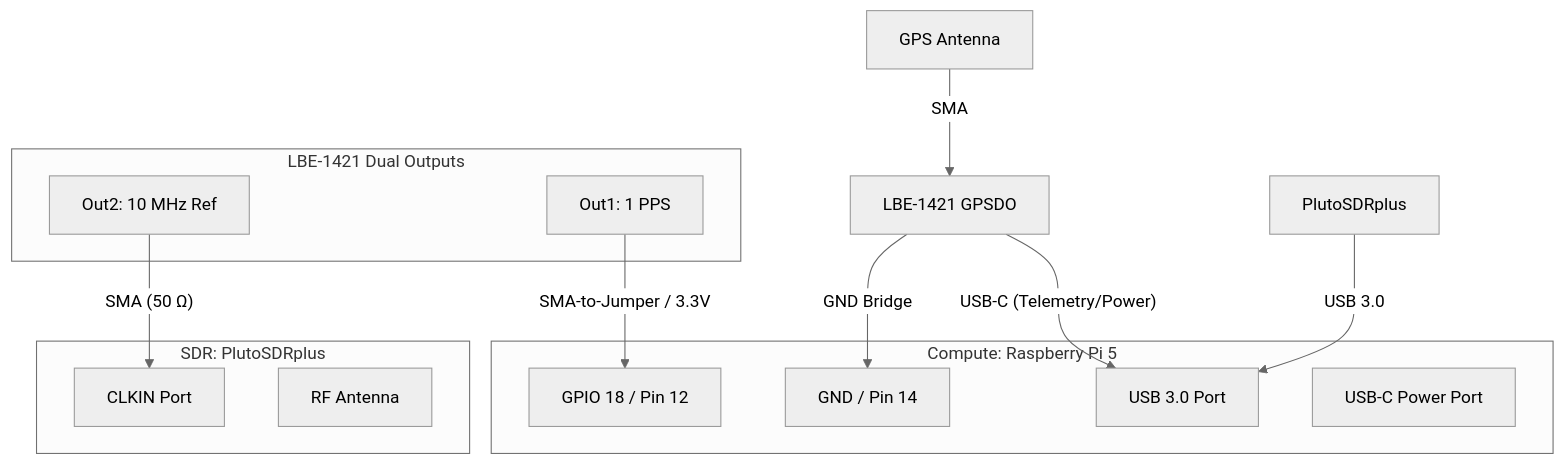
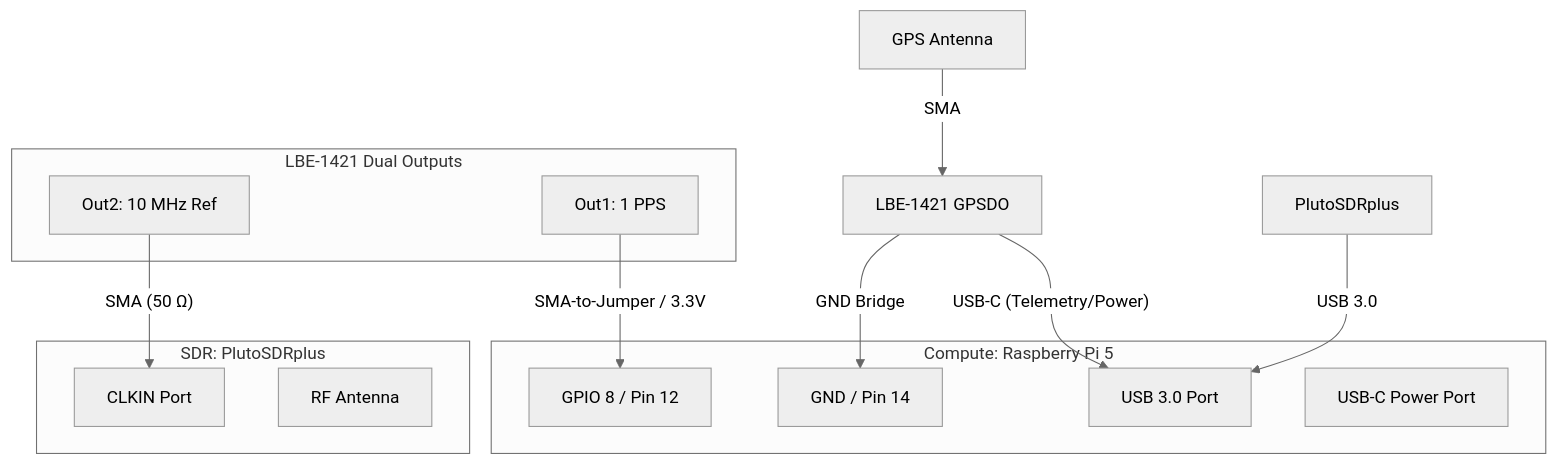
One commit to DynoGator/dslv-zpdi changed the diagram in docs/LBE-1421_WIRING.md. Above: the diagram before and after it, drawn with Mermaid (neutral theme). The commit also changed other lines of this file and 73 other files, not shown here.

````diff
--- a/docs/LBE-1421_WIRING.md
+++ b/docs/LBE-1421_WIRING.md
@@ -8,27 +8,27 @@
 ```mermaid
 graph TD
     GPS[GPS Antenna] -- SMA --> LBE[LBE-1421 GPSDO]
     
     subgraph "LBE-1421 Dual Outputs"
         Out1[Out1: 1 PPS]
         Out2[Out2: 10 MHz Ref]
     end
     
     subgraph "SDR: PlutoSDRplus"
         CLKIN[CLKIN Port]
         ANT[RF Antenna]
     end
     
     subgraph "Compute: Raspberry Pi 5"
-        GPIO18[GPIO 18 / Pin 12]
+        GPIO18[GPIO 8 / Pin 12]
         GND[GND / Pin 14]
         USB3[USB 3.0 Port]
         USBC_PWR[USB-C Power Port]
     end
     
     Out2 -- "SMA (50 Ω)" --> CLKIN
     Out1 -- "SMA-to-Jumper / 3.3V" --> GPIO18
     LBE -- "GND Bridge" --> GND
     LBE -- "USB-C (Telemetry/Power)" --> USB3
     PlutoSDRplus -- "USB 3.0" --> USB3
 ```
````
